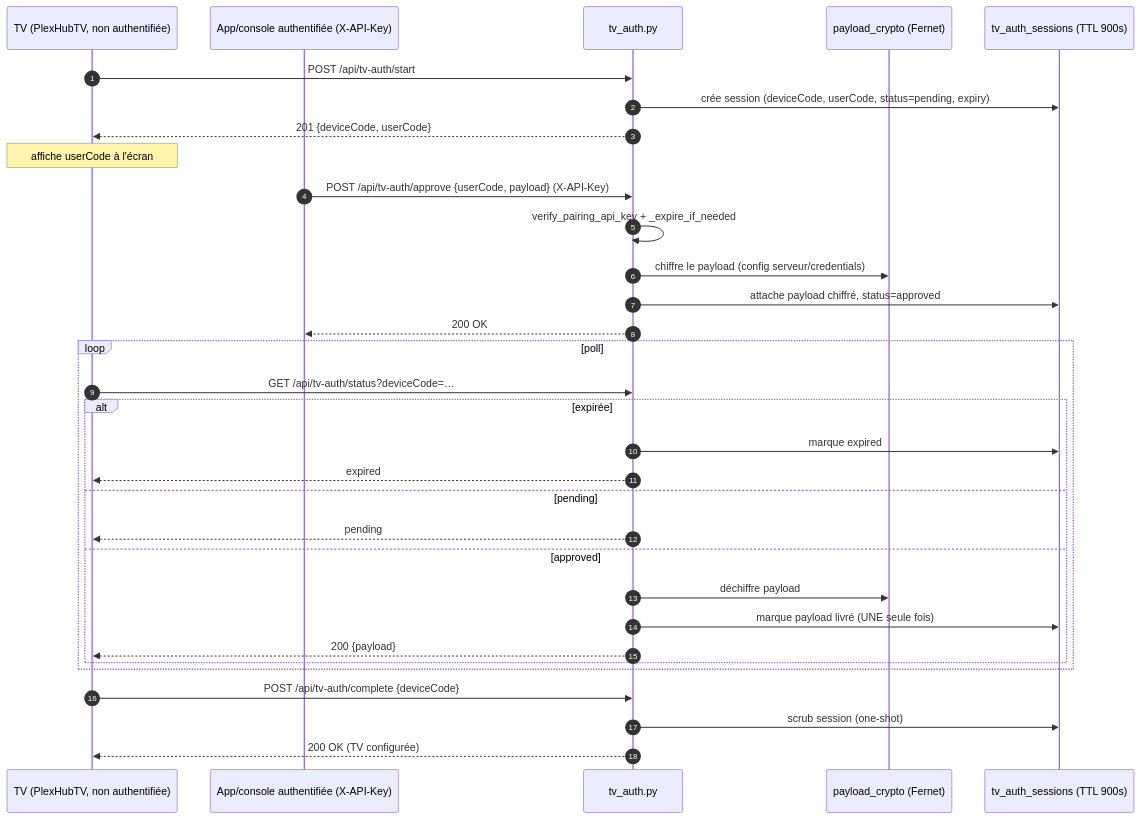
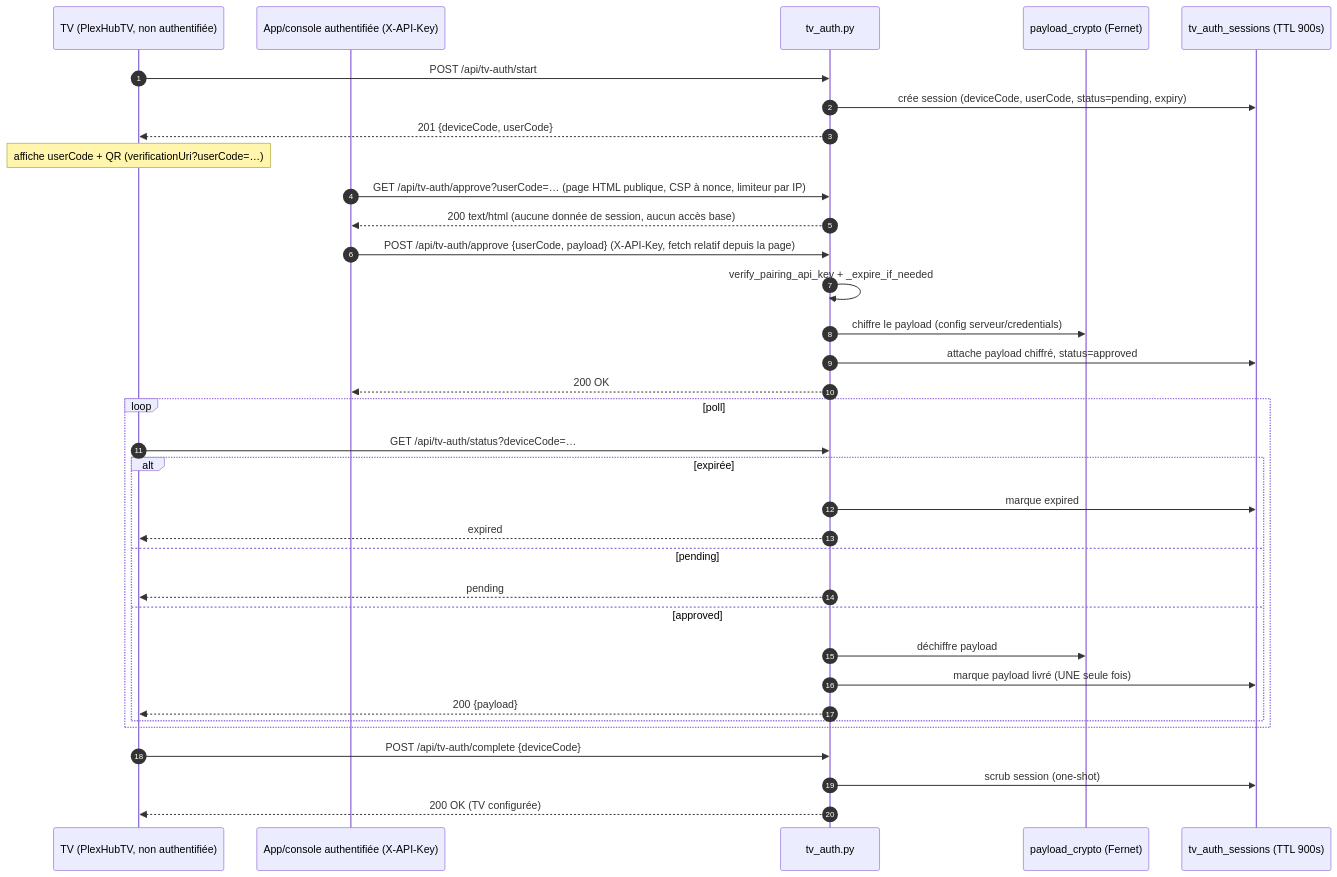
One commit to ChakirHamzaChahid/Plexhub-Backend changed the ninth of 9 diagrams in docs/architecture/SEQUENCE-DIAGRAMS.md. Above: the diagram before and after it, drawn with Mermaid. The commit also changed other lines of this file and 3 other files, not shown here.

First line of the commit message:
docs(lot10): page d'approbation (sous-lot B) — flux 5.6, sequence, CLAUDE.md et journal recales

````diff
--- a/docs/architecture/SEQUENCE-DIAGRAMS.md
+++ b/docs/architecture/SEQUENCE-DIAGRAMS.md
@@ -355,38 +355,40 @@
 ```mermaid
 sequenceDiagram
     autonumber
     participant TV as TV (PlexHubTV, non authentifiée)
     participant APP as App/console authentifiée (X-API-Key)
     participant S as tv_auth.py
     participant CR as payload_crypto (Fernet)
     participant DB as tv_auth_sessions (TTL 900s)
 
     TV->>S: POST /api/tv-auth/start
     S->>DB: crée session (deviceCode, userCode, status=pending, expiry)
     S-->>TV: 201 {deviceCode, userCode}
-    Note over TV: affiche userCode à l'écran
+    Note over TV: affiche userCode + QR (verificationUri?userCode=…)
 
-    APP->>S: POST /api/tv-auth/approve {userCode, payload} (X-API-Key)
+    APP->>S: GET /api/tv-auth/approve?userCode=… (page HTML publique, CSP à nonce, limiteur par IP)
+    S-->>APP: 200 text/html (aucune donnée de session, aucun accès base)
+    APP->>S: POST /api/tv-auth/approve {userCode, payload} (X-API-Key, fetch relatif depuis la page)
     S->>S: verify_pairing_api_key + _expire_if_needed
     S->>CR: chiffre le payload (config serveur/credentials)
     S->>DB: attache payload chiffré, status=approved
     S-->>APP: 200 OK
 
     loop poll
         TV->>S: GET /api/tv-auth/status?deviceCode=…
         alt expirée
             S->>DB: marque expired
             S-->>TV: expired
         else pending
             S-->>TV: pending
         else approved
             S->>CR: déchiffre payload
             S->>DB: marque payload livré (UNE seule fois)
             S-->>TV: 200 {payload}
         end
     end
 
     TV->>S: POST /api/tv-auth/complete {deviceCode}
     S->>DB: scrub session (one-shot)
     S-->>TV: 200 OK (TV configurée)
 ```
````
